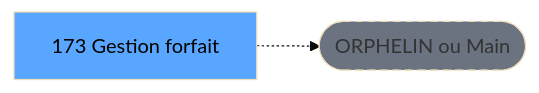
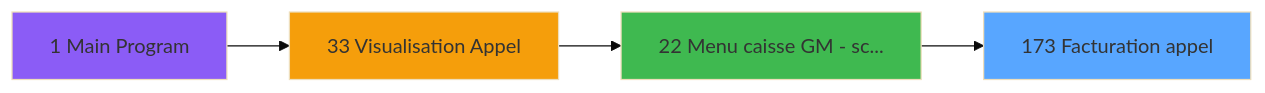
Before and after one commit to thonyAGP/magic-migration: the second of 3 diagrams in .openspec/specs/ADH-IDE-173.md, drawn with Mermaid (base theme). The commit also changed other lines of this file and 311 other files, not shown here.

````diff
--- a/.openspec/specs/ADH-IDE-173.md
+++ b/.openspec/specs/ADH-IDE-173.md
@@ -131,8 +366,14 @@
 ```mermaid
 graph LR
-    T[173 Gestion forfait]
-    ORPHAN([ORPHELIN ou Main])
-    T -.-> ORPHAN
-    style T fill:#58a6ff,color:#000
-    style ORPHAN fill:#6b7280,stroke-dasharray: 5 5
+    T173[173 Facturation appel]
+    style T173 fill:#58a6ff
+    CC1[1 Main Program]
+    style CC1 fill:#8b5cf6
+    CC33[33 Visualisation Appel]
+    style CC33 fill:#f59e0b
+    CC22[22 Menu caisse GM - sc...]
+    style CC22 fill:#3fb950
+    CC33 --> CC22
+    CC1 --> CC33
+    CC22 --> T173
 ```
````
